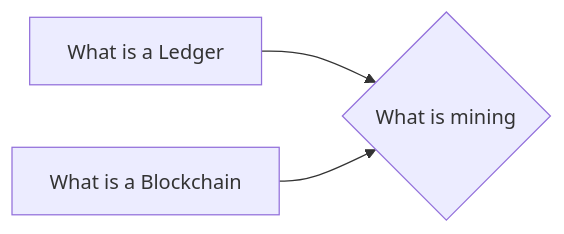
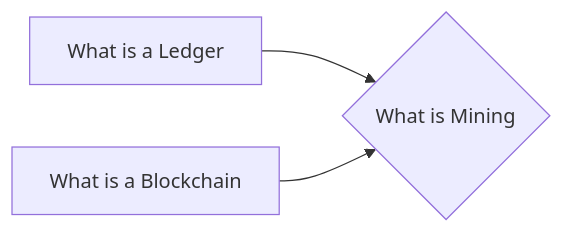
Before and after one commit to lpurdy01/crypto-knowledge-map: the diagram in notes/What_is_Mining.md, drawn with Mermaid. The commit also changed 50 other files, not shown here.

````diff
--- a/notes/What_is_Mining.md
+++ b/notes/What_is_Mining.md
@@ -10,5 +10,5 @@
 ```mermaid
 graph LR
-1["What is a Ledger"]-->0{"What is mining"}
-2["What is a Blockchain"]-->0{"What is mining"}
+1["What is a Ledger"]-->0{"What is Mining"}
+2["What is a Blockchain"]-->0{"What is Mining"}
 ```
````
